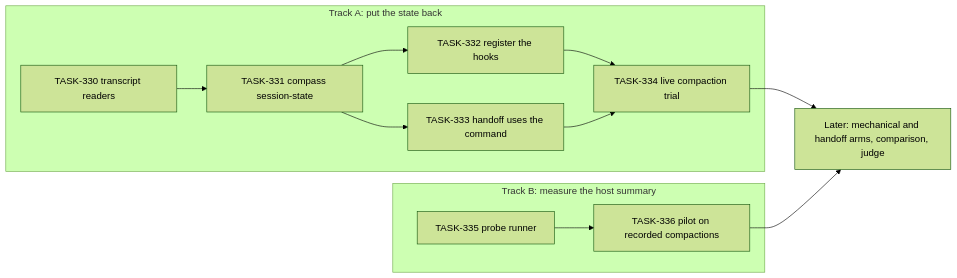
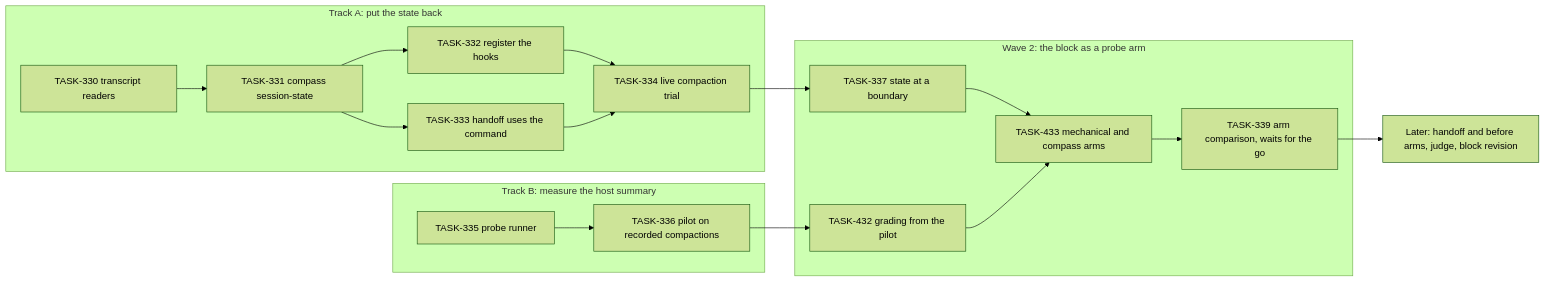
The diagram in .compass/plans/PLAN-033-compaction-keeps-the-session-state.md (hodor/claude-compass), drawn with Mermaid (forest theme) before and after one commit. The commit also changed other lines of this file and 4 other files, not shown here.

First line of the commit message:
Elaborate PLAN-033 Wave 2 from the trial and pilot outcomes

````diff
--- a/.compass/plans/PLAN-033-compaction-keeps-the-session-state.md
+++ b/.compass/plans/PLAN-033-compaction-keeps-the-session-state.md
@@ -20,15 +20,21 @@
 ```mermaid
 flowchart LR
   subgraph A[Track A: put the state back]
     T330[TASK-330 transcript readers] --> T331[TASK-331 compass session-state]
     T331 --> T332[TASK-332 register the hooks]
     T331 --> T333[TASK-333 handoff uses the command]
     T332 --> T334[TASK-334 live compaction trial]
     T333 --> T334
   end
   subgraph B[Track B: measure the host summary]
     T335[TASK-335 probe runner] --> T336[TASK-336 pilot on recorded compactions]
   end
-  T334 --> L[Later: mechanical and handoff arms, comparison, judge]
-  T336 --> L
+  subgraph W2[Wave 2: the block as a probe arm]
+    T337[TASK-337 state at a boundary] --> T433[TASK-433 mechanical and compass arms]
+    T432[TASK-432 grading from the pilot] --> T433
+    T433 --> T339[TASK-339 arm comparison, waits for the go]
+  end
+  T334 --> T337
+  T336 --> T432
+  T339 --> L[Later: handoff and before arms, judge, block revision]
 ```
````
